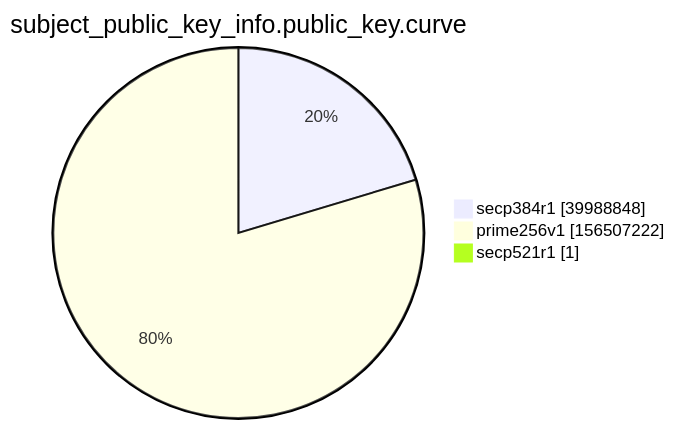
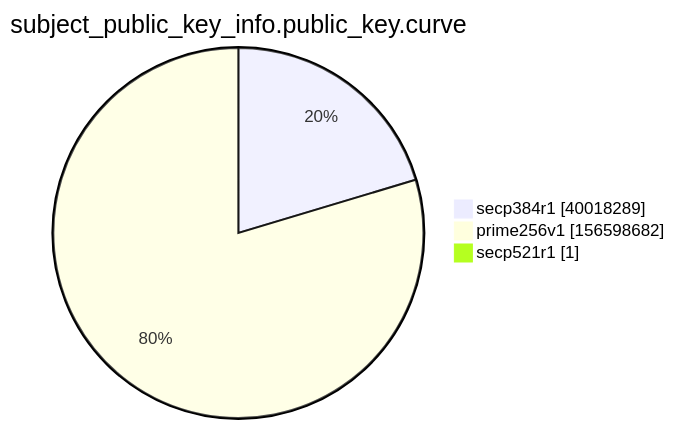
Before and after one commit to christiankrug/ctmonitor_visualization: the ninth of 15 diagrams in xenon2022/README.md, drawn with Mermaid. The commit also changed other lines of this file, not shown here.

````diff
--- a/xenon2022/README.md
+++ b/xenon2022/README.md
@@ -2866,7 +2866,7 @@
 ```mermaid
 pie showData
 title subject_public_key_info.public_key.curve
-"secp384r1" :39988848
-"prime256v1" :156507222
+"secp384r1" :40018289
+"prime256v1" :156598682
 "secp521r1" :1
 ```
````
